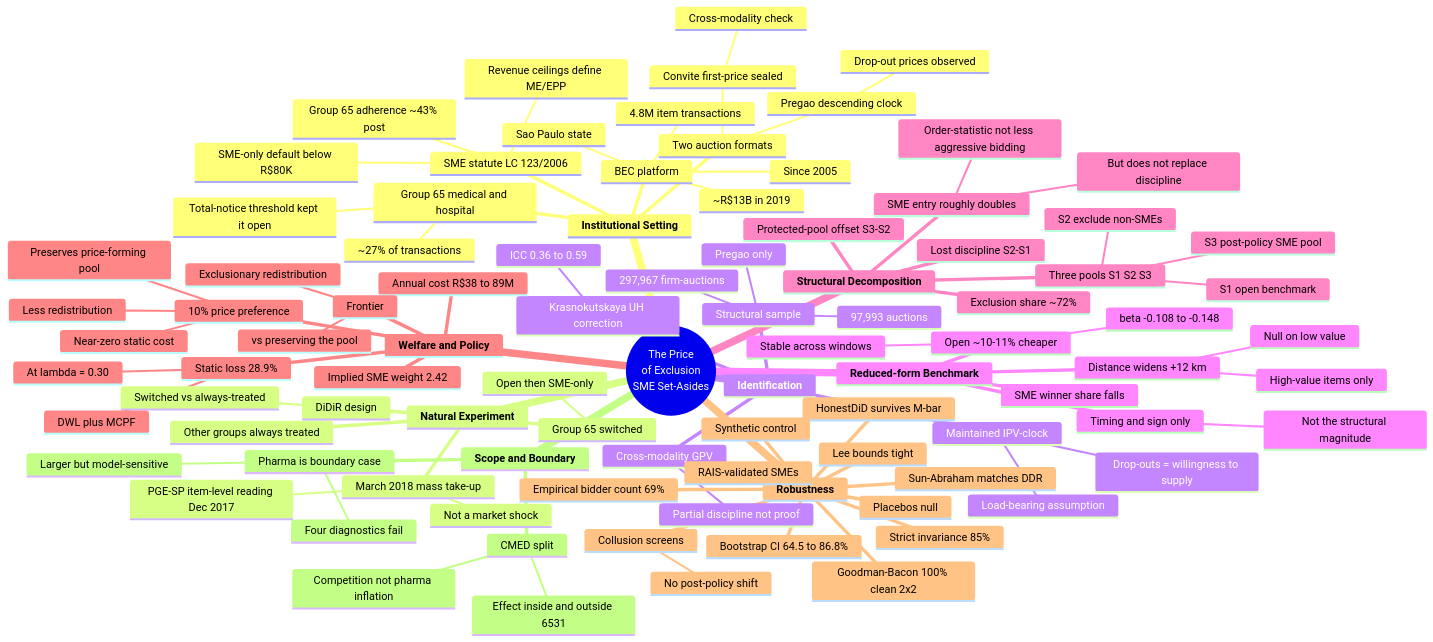
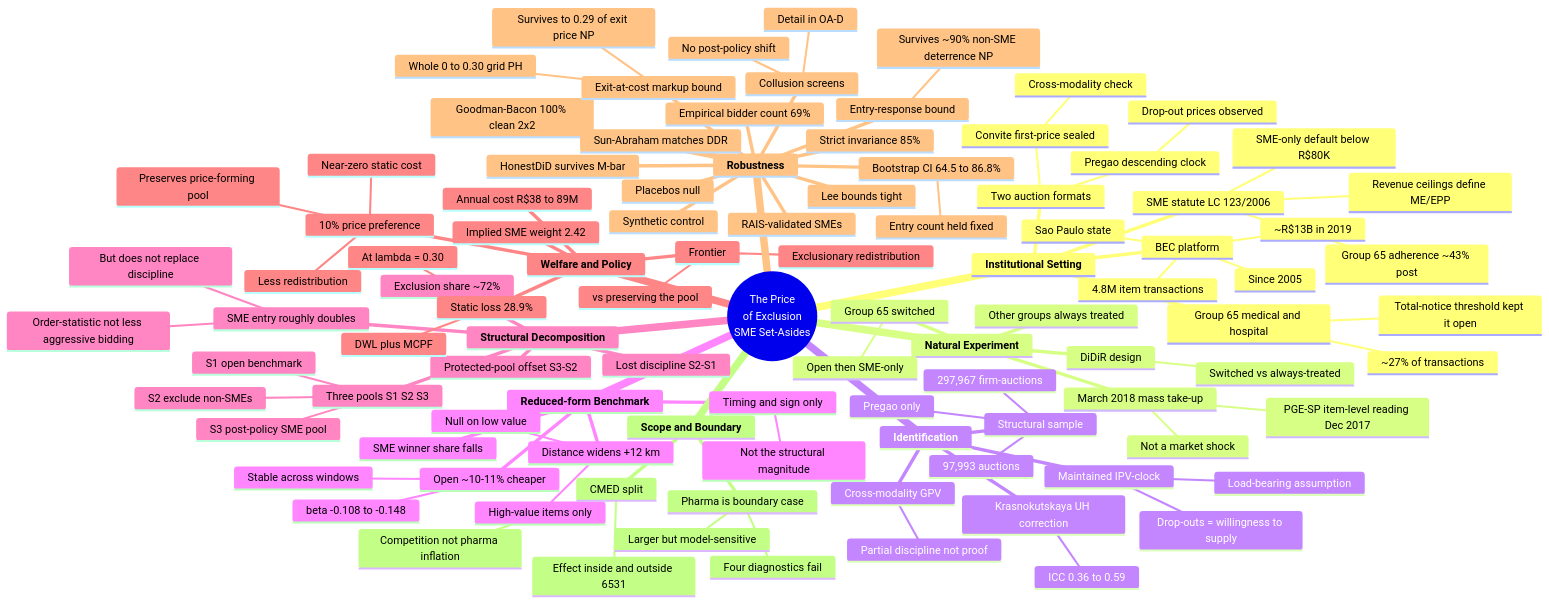
Before and after one commit to darciogm/darciogm.github.io: the diagram in docs/research/sme-public/mindmap.md, drawn with Mermaid. The commit also changed 14 other files, not shown here.

```diff
--- a/docs/research/sme-public/mindmap.md
+++ b/docs/research/sme-public/mindmap.md
@@ -90,10 +90,17 @@
       Sun-Abraham matches DDR
       Synthetic control
       Bootstrap CI 64.5 to 86.8%
+        Entry count held fixed
       Strict invariance 85%
       Empirical bidder count 69%
+      Exit-at-cost markup bound
+        Survives to 0.29 of exit price NP
+        Whole 0 to 0.30 grid PH
+      Entry-response bound
+        Survives ~90% non-SME deterrence NP
       Collusion screens
         No post-policy shift
+        Detail in OA-D
       RAIS-validated SMEs
     **Scope and Boundary**
       Pharma is boundary case
```
